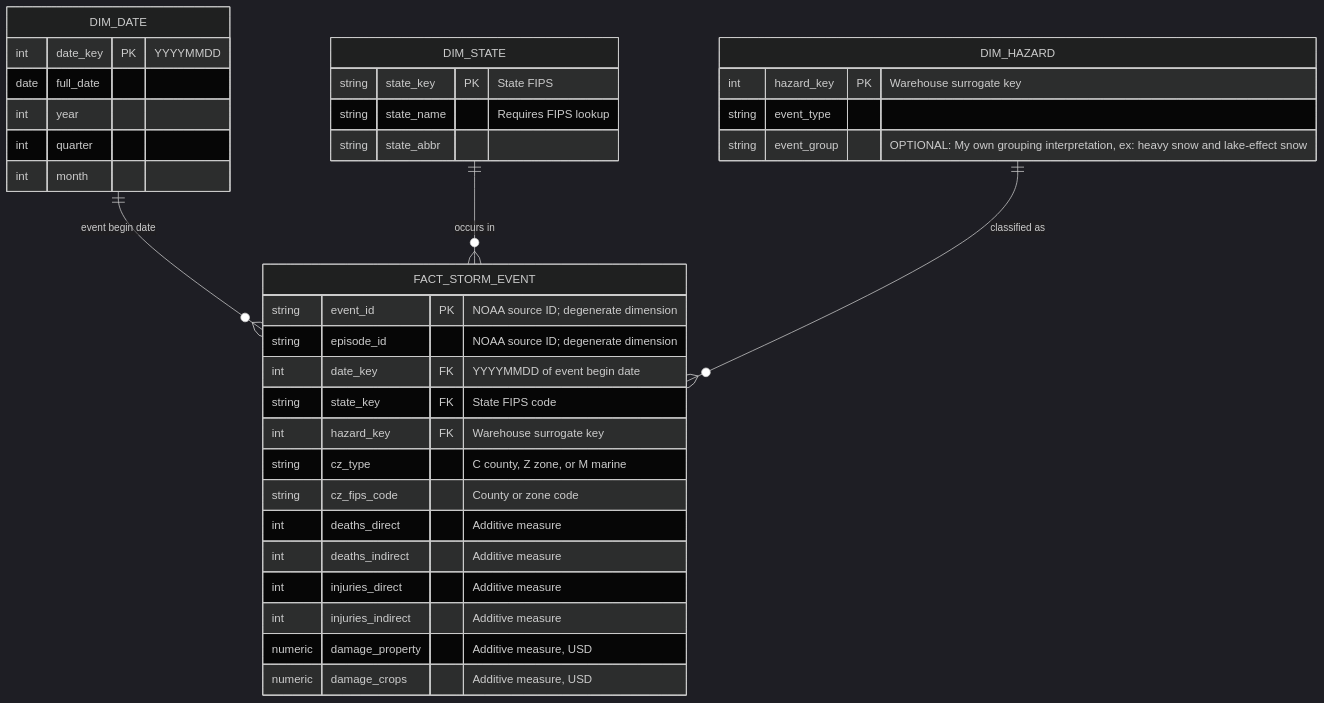
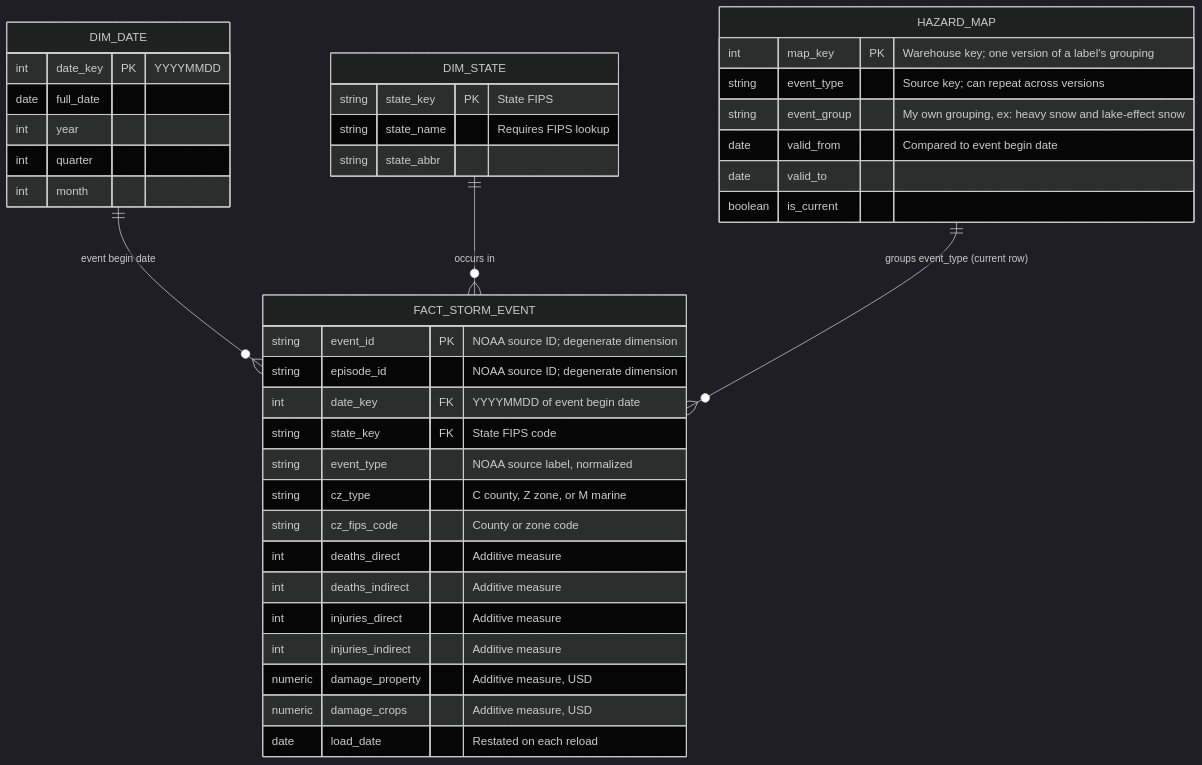
The diagram in docs/p1_plan.md (giro7292-st-thomas/SEIS-732-Data-Product-Project), drawn with Mermaid (dark theme) before and after one commit. The commit also changed other lines of this file, not shown here.

Commit message:
Update p1_plan.md for clarity and corrections
Corrected a typo in 'department' and clarified focus on primary question.

````diff
--- a/docs/p1_plan.md
+++ b/docs/p1_plan.md
@@ -65,42 +65,46 @@
 ```mermaid
 erDiagram
     DIM_DATE ||--o{ FACT_STORM_EVENT : "event begin date"
     DIM_STATE ||--o{ FACT_STORM_EVENT : "occurs in"
-    DIM_HAZARD ||--o{ FACT_STORM_EVENT : "classified as"
+    HAZARD_MAP ||--o{ FACT_STORM_EVENT : "groups event_type (current row)"
 
     FACT_STORM_EVENT {
         string event_id PK "NOAA source ID; degenerate dimension"
         string episode_id "NOAA source ID; degenerate dimension"
         int date_key FK "YYYYMMDD of event begin date"
         string state_key FK "State FIPS code"
-        int hazard_key FK "Warehouse surrogate key"
+        string event_type "NOAA source label, normalized"
         string cz_type "C county, Z zone, or M marine"
         string cz_fips_code "County or zone code"
         int deaths_direct "Additive measure"
         int deaths_indirect "Additive measure"
         int injuries_direct "Additive measure"
         int injuries_indirect "Additive measure"
         numeric damage_property "Additive measure, USD"
         numeric damage_crops "Additive measure, USD"
+        date load_date "Restated on each reload"
     }
 
     DIM_DATE {
         int date_key PK "YYYYMMDD"
         date full_date
         int year
         int quarter
         int month
     }
 
     DIM_STATE {
         string state_key PK "State FIPS"
         string state_name "Requires FIPS lookup"
         string state_abbr
     }
 
-    DIM_HAZARD {
-        int hazard_key PK "Warehouse surrogate key"
-        string event_type
-        string event_group "OPTIONAL: My own grouping interpretation, ex: heavy snow and lake-effect snow"
+    HAZARD_MAP {
+        int map_key PK "Warehouse key; one version of a label's grouping"
+        string event_type "Source key; can repeat across versions"
+        string event_group "My own grouping, ex: heavy snow and lake-effect snow"
+        date valid_from "Compared to event begin date"
+        date valid_to
+        boolean is_current
     }
 ```
````
